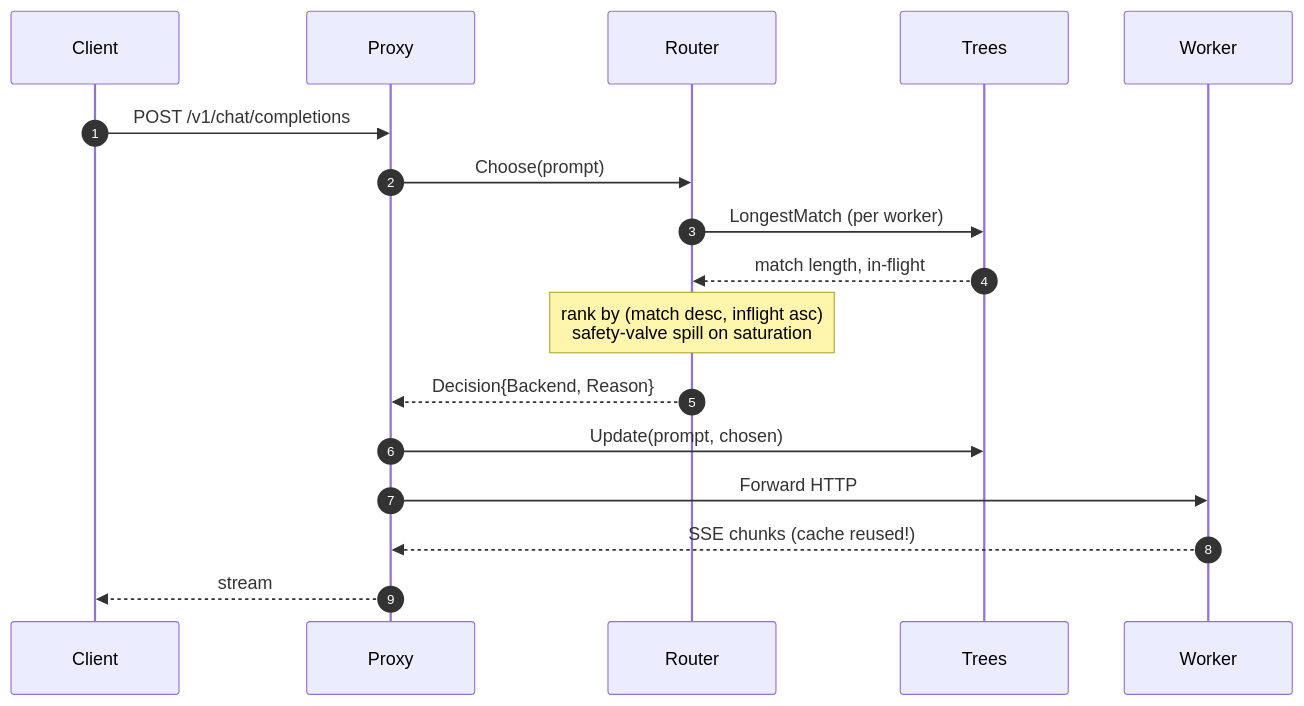
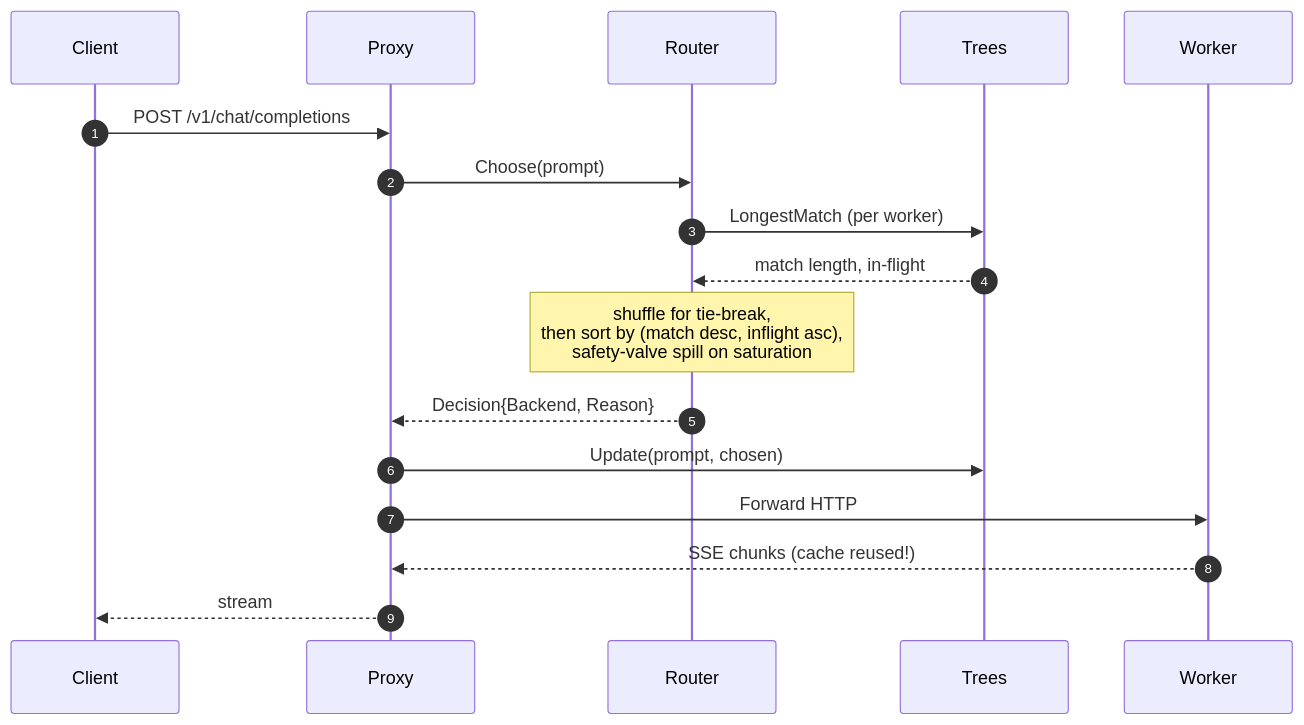
Before and after one commit to zxuhan/llm-router: the second of 2 diagrams in README.md, drawn with Mermaid. The commit also changed other lines of this file and 7 other files, not shown here.

````diff
--- a/README.md
+++ b/README.md
@@ -136,20 +133,20 @@
 ```mermaid
 sequenceDiagram
     autonumber
     participant C as Client
     participant P as Proxy
     participant R as Router
     participant T as Trees
     participant W as Worker
 
     C->>P: POST /v1/chat/completions
     P->>R: Choose(prompt)
     R->>T: LongestMatch (per worker)
     T-->>R: match length, in-flight
-    Note over R: rank by (match desc, inflight asc)<br/>safety-valve spill on saturation
+    Note over R: shuffle for tie-break,<br/>then sort by (match desc, inflight asc),<br/>safety-valve spill on saturation
     R-->>P: Decision{Backend, Reason}
     P->>T: Update(prompt, chosen)
     P->>W: Forward HTTP
     W-->>P: SSE chunks (cache reused!)
     P-->>C: stream
 ```
````
